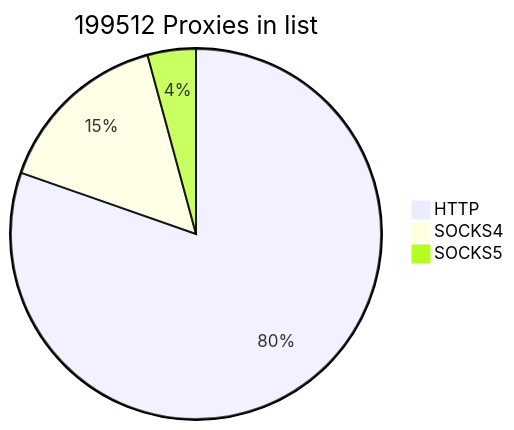
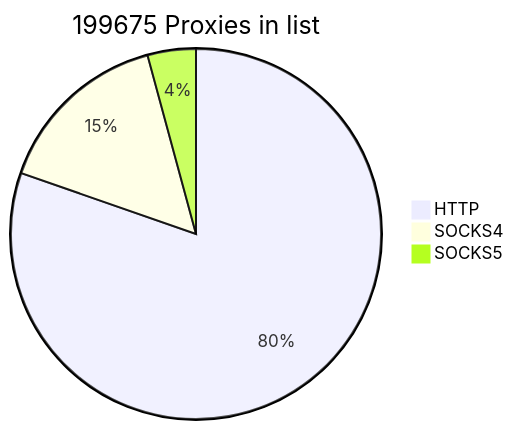
Before and after one commit to cutipu/proxylist: the first of 2 diagrams in README.md, drawn with Mermaid. The commit also changed other lines of this file, not shown here.

````diff
--- a/README.md
+++ b/README.md
@@ -2,7 +2,7 @@
 ```mermaid
-pie title 199512 Proxies in list
-    "HTTP" : 160322
-    "SOCKS4" : 30786
-    "SOCKS5" : 8404
+pie title 199675 Proxies in list
+    "HTTP" : 160417
+    "SOCKS4" : 30843
+    "SOCKS5" : 8415
             
 ```
````
